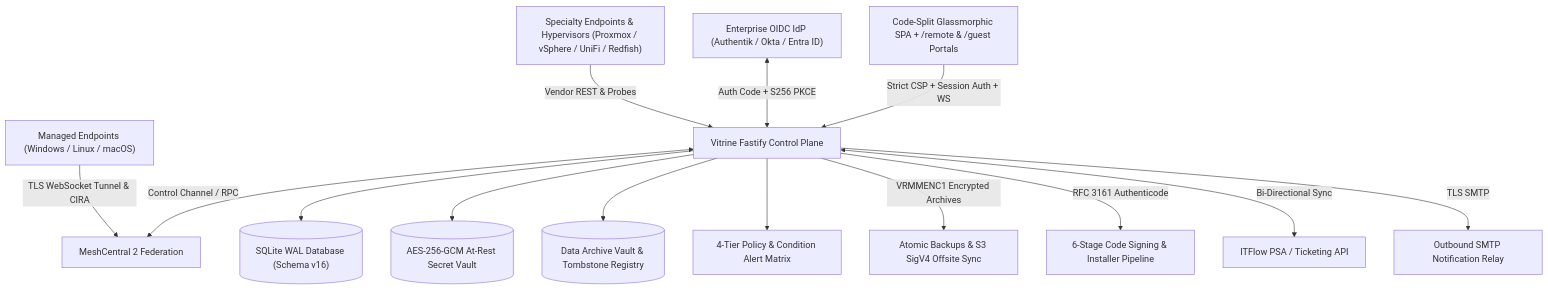
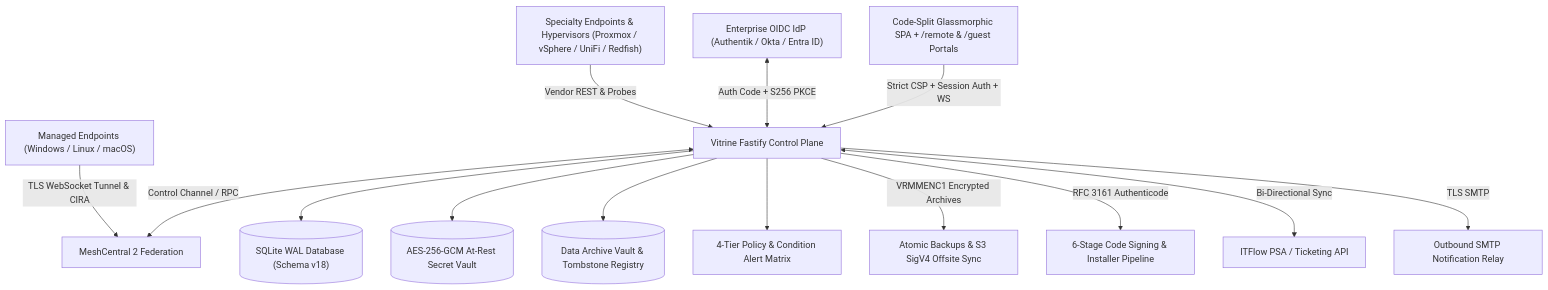
Before and after one commit to TylerHats/Vitrine-RMM: the diagram in README.md, drawn with Mermaid. The commit also changed other lines of this file and 65 other files, not shown here.

````diff
--- a/README.md
+++ b/README.md
@@ -41,16 +41,16 @@
 ```mermaid
 graph TD
     Client["Managed Endpoints (Windows / Linux / macOS)"] -->|TLS WebSocket Tunnel & CIRA| MC["MeshCentral 2 Federation"]
     Appliances["Specialty Endpoints & Hypervisors (Proxmox / vSphere / UniFi / Redfish)"] -->|Vendor REST & Probes| API["Vitrine Fastify Control Plane"]
     IdP["Enterprise OIDC IdP (Authentik / Okta / Entra ID)"] <-->|Auth Code + S256 PKCE| API
     UI["Code-Split Glassmorphic SPA + /remote & /guest Portals"] -->|Strict CSP + Session Auth + WS| API
     API <-->|Control Channel / RPC| MC
-    API --> DB[("SQLite WAL Database (Schema v16)")]
+    API --> DB[("SQLite WAL Database (Schema v18)")]
     API --> Vault[("AES-256-GCM At-Rest Secret Vault")]
     API --> Archive[("Data Archive Vault & Tombstone Registry")]
     API --> Policy["4-Tier Policy & Condition Alert Matrix"]
     API -->|VRMMENC1 Encrypted Archives| Backup["Atomic Backups & S3 SigV4 Offsite Sync"]
     API -->|RFC 3161 Authenticode| Signer["6-Stage Code Signing & Installer Pipeline"]
     API <-->|Bi-Directional Sync| PSA["ITFlow PSA / Ticketing API"]
     API -->|TLS SMTP| Mail["Outbound SMTP Notification Relay"]
 ```
````
